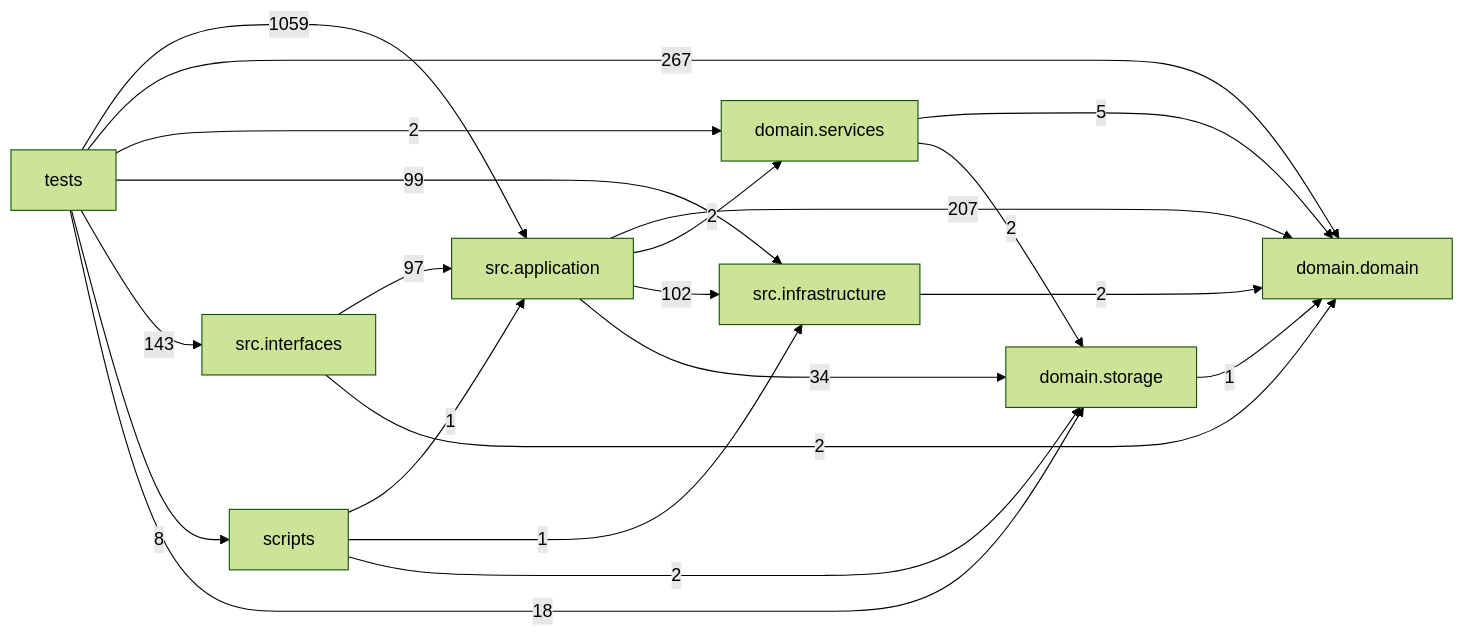
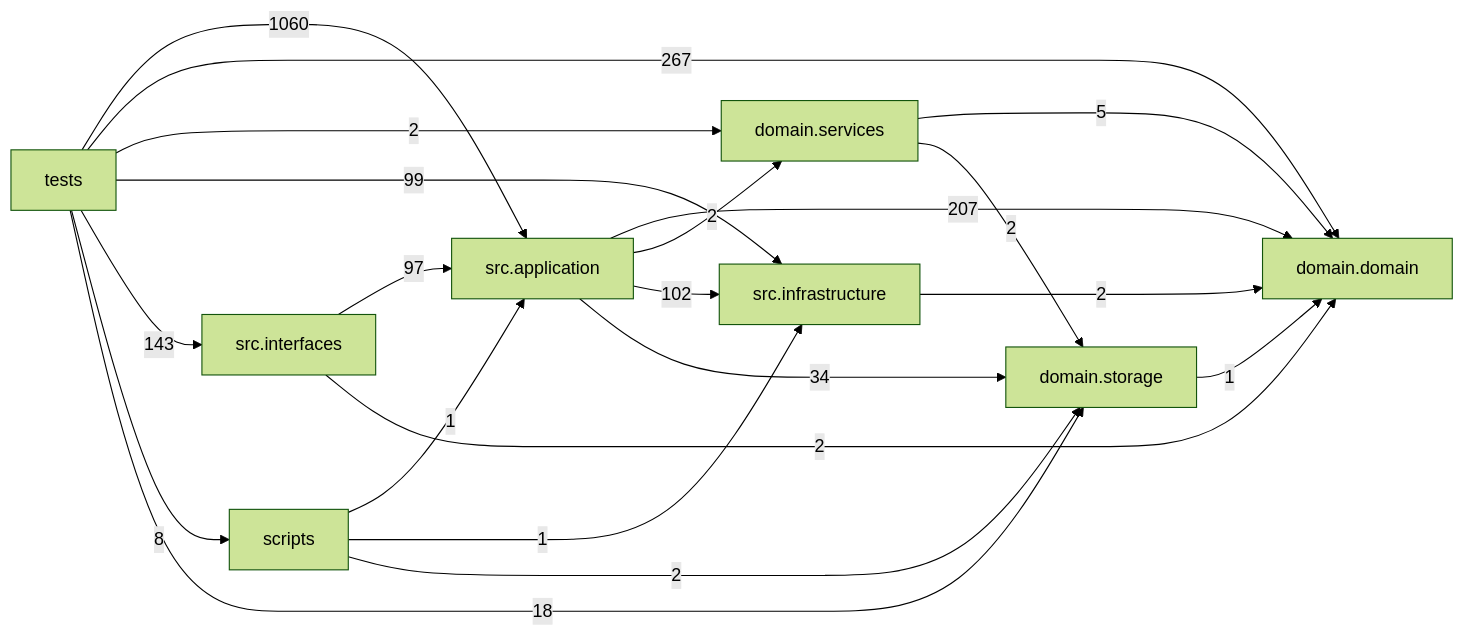
Before and after one commit to liuxie066/options-monitor: the diagram in docs/DEPENDENCY_GRAPH.md, drawn with Mermaid (forest theme). The commit also changed other lines of this file and 5 other files, not shown here.

````diff
--- a/docs/DEPENDENCY_GRAPH.md
+++ b/docs/DEPENDENCY_GRAPH.md
@@ -24,31 +24,31 @@
 ```mermaid
 flowchart LR
   tests["tests"]
   scripts["scripts"]
   interfaces["src.interfaces"]
   application["src.application"]
   infrastructure["src.infrastructure"]
   domain_services["domain.services"]
   domain["domain.domain"]
   storage["domain.storage"]
   application -->|207| domain
   application -->|2| domain_services
   application -->|102| infrastructure
   application -->|34| storage
   domain_services -->|5| domain
   domain_services -->|2| storage
   infrastructure -->|2| domain
   interfaces -->|97| application
   interfaces -->|2| domain
   scripts -->|1| application
   scripts -->|1| infrastructure
   scripts -->|2| storage
   storage -->|1| domain
-  tests -->|1059| application
+  tests -->|1060| application
   tests -->|267| domain
   tests -->|2| domain_services
   tests -->|99| infrastructure
   tests -->|143| interfaces
   tests -->|8| scripts
   tests -->|18| storage
 ```
````
